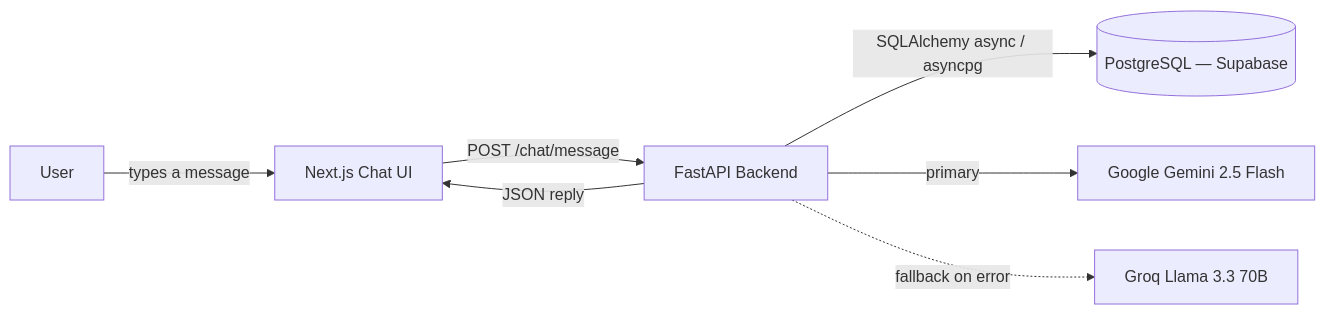
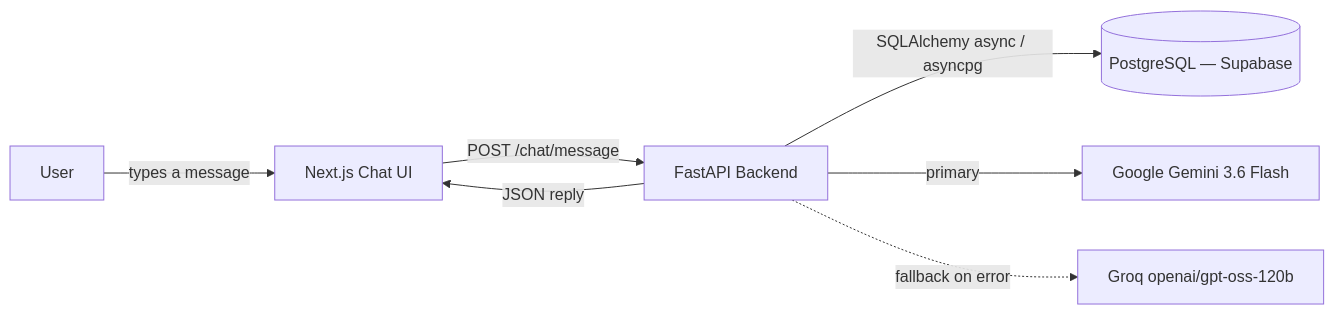
The diagram in README.md (Divyansh3105/CIPHER), drawn with Mermaid before and after one commit. The commit also changed other lines of this file and 1 other file, not shown here.

````diff
--- a/README.md
+++ b/README.md
@@ -384,9 +423,9 @@
 ```mermaid
 flowchart LR
     User -->|types a message| Frontend[Next.js Chat UI]
     Frontend -->|POST /chat/message| Backend[FastAPI Backend]
     Backend -->|SQLAlchemy async / asyncpg| DB[(PostgreSQL — Supabase)]
-    Backend -->|primary| Gemini[Google Gemini 2.5 Flash]
-    Backend -.->|fallback on error| Groq[Groq Llama 3.3 70B]
+    Backend -->|primary| Gemini[Google Gemini 3.6 Flash]
+    Backend -.->|fallback on error| Groq[Groq openai/gpt-oss-120b]
     Backend -->|JSON reply| Frontend
 ```
````
